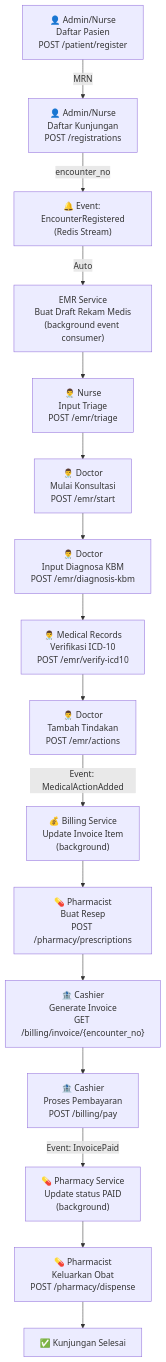
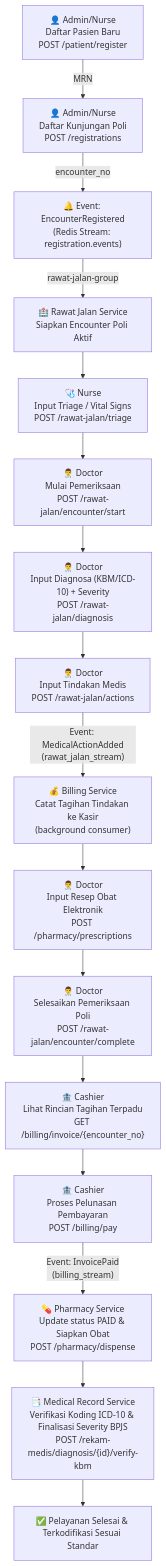
Before and after one commit to odealidj/go-micro-simrs-one: diagram 19 of 19 in docs/be/technical/technical_documentation.md, drawn with Mermaid. The commit also changed other lines of this file and 5 other files, not shown here.

First line of the commit message:
docs: update business and technical documentation for multi-schema and rawat-jalan separation

````diff
--- a/docs/be/technical/technical_documentation.md
+++ b/docs/be/technical/technical_documentation.md
@@ -960,34 +1192,34 @@
 ```mermaid
 flowchart TD
-    A["👤 Admin/Nurse\nDaftar Pasien\nPOST /patient/register"] -->|"MRN"| B
+    A["👤 Admin/Nurse\nDaftar Pasien Baru\nPOST /patient/register"] -->|"MRN"| B
 
-    B["👤 Admin/Nurse\nDaftar Kunjungan\nPOST /registrations"] -->|"encounter_no"| C
+    B["👤 Admin/Nurse\nDaftar Kunjungan Poli\nPOST /registrations"] -->|"encounter_no"| C
 
-    C["🔔 Event: EncounterRegistered\n(Redis Stream)"] -->|"Auto"| D
+    C["🔔 Event: EncounterRegistered\n(Redis Stream: registration.events)"] -->|"rawat-jalan-group"| D
 
-    D["EMR Service\nBuat Draft Rekam Medis\n(background event consumer)"] --> E
+    D["🏥 Rawat Jalan Service\nSiapkan Encounter Poli Aktif"] --> E
 
-    E["👨‍⚕️ Nurse\nInput Triage\nPOST /emr/triage"] --> F
+    E["🩺 Nurse\nInput Triage / Vital Signs\nPOST /rawat-jalan/triage"] --> F
 
-    F["👨‍⚕️ Doctor\nMulai Konsultasi\nPOST /emr/start"] --> G
+    F["👨‍⚕️ Doctor\nMulai Pemeriksaan\nPOST /rawat-jalan/encounter/start"] --> G
 
-    G["👨‍⚕️ Doctor\nInput Diagnosa KBM\nPOST /emr/diagnosis-kbm"] --> G2
+    G["👨‍⚕️ Doctor\nInput Diagnosa (KBM/ICD-10) + Severity\nPOST /rawat-jalan/diagnosis"] --> H
 
-    G2["👨‍⚕️ Medical Records\nVerifikasi ICD-10\nPOST /emr/verify-icd10"] --> H
+    H["👨‍⚕️ Doctor\nInput Tindakan Medis\nPOST /rawat-jalan/actions"] -->|"Event: MedicalActionAdded\n(rawat_jalan_stream)"| I
 
-    H["👨‍⚕️ Doctor\nTambah Tindakan\nPOST /emr/actions"] -->|"Event: MedicalActionAdded"| I
+    I["💰 Billing Service\nCatat Tagihan Tindakan ke Kasir\n(background consumer)"] --> J
 
-    I["💰 Billing Service\nUpdate Invoice Item\n(background)"] --> J
+    J["👨‍⚕️ Doctor\nInput Resep Obat Elektronik\nPOST /pharmacy/prescriptions"] --> K
 
-    J["💊 Pharmacist\nBuat Resep\nPOST /pharmacy/prescriptions"] --> K
+    K["👨‍⚕️ Doctor\nSelesaikan Pemeriksaan Poli\nPOST /rawat-jalan/encounter/complete"] --> L
 
-    K["🏦 Cashier\nGenerate Invoice\nGET /billing/invoice/{encounter_no}"] --> L
+    L["🏦 Cashier\nLihat Rincian Tagihan Terpadu\nGET /billing/invoice/{encounter_no}"] --> M
 
-    L["🏦 Cashier\nProses Pembayaran\nPOST /billing/pay"] -->|"Event: InvoicePaid"| M
+    M["🏦 Cashier\nProses Pelunasan Pembayaran\nPOST /billing/pay"] -->|"Event: InvoicePaid\n(billing_stream)"| N
 
-    M["💊 Pharmacy Service\nUpdate status PAID\n(background)"] --> N
+    N["💊 Pharmacy Service\nUpdate status PAID & Siapkan Obat\nPOST /pharmacy/dispense"] --> P
 
-    N["💊 Pharmacist\nKeluarkan Obat\nPOST /pharmacy/dispense"] --> O
+    P["📑 Medical Record Service\nVerifikasi Koding ICD-10 & Finalisasi Severity BPJS\nPOST /rekam-medis/diagnosis/{id}/verify-kbm"] --> Q
 
-    O["✅ Kunjungan Selesai"]
+    Q["✅ Pelayanan Selesai & Terkodifikasi Sesuai Standar"]
 ```
````
